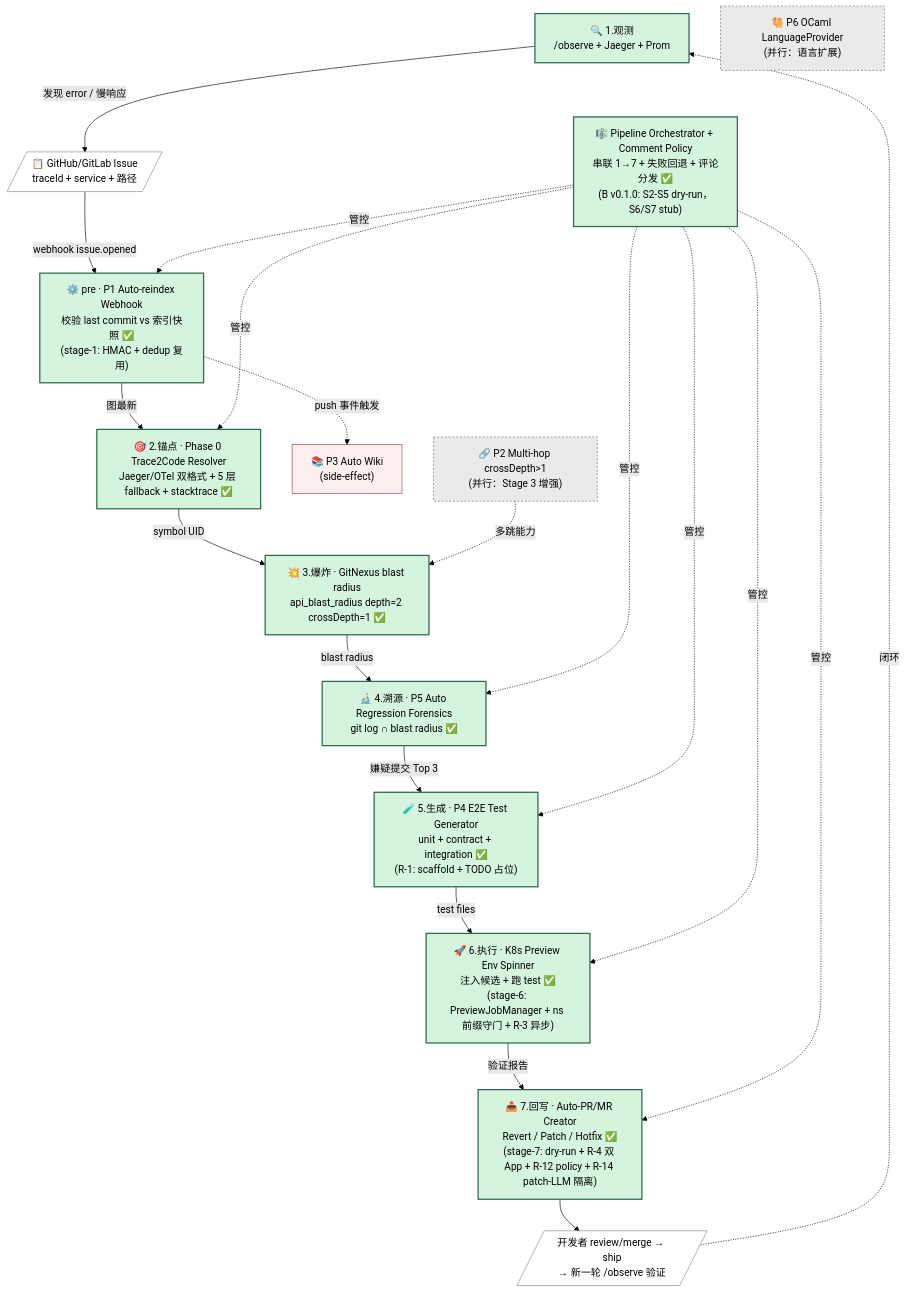
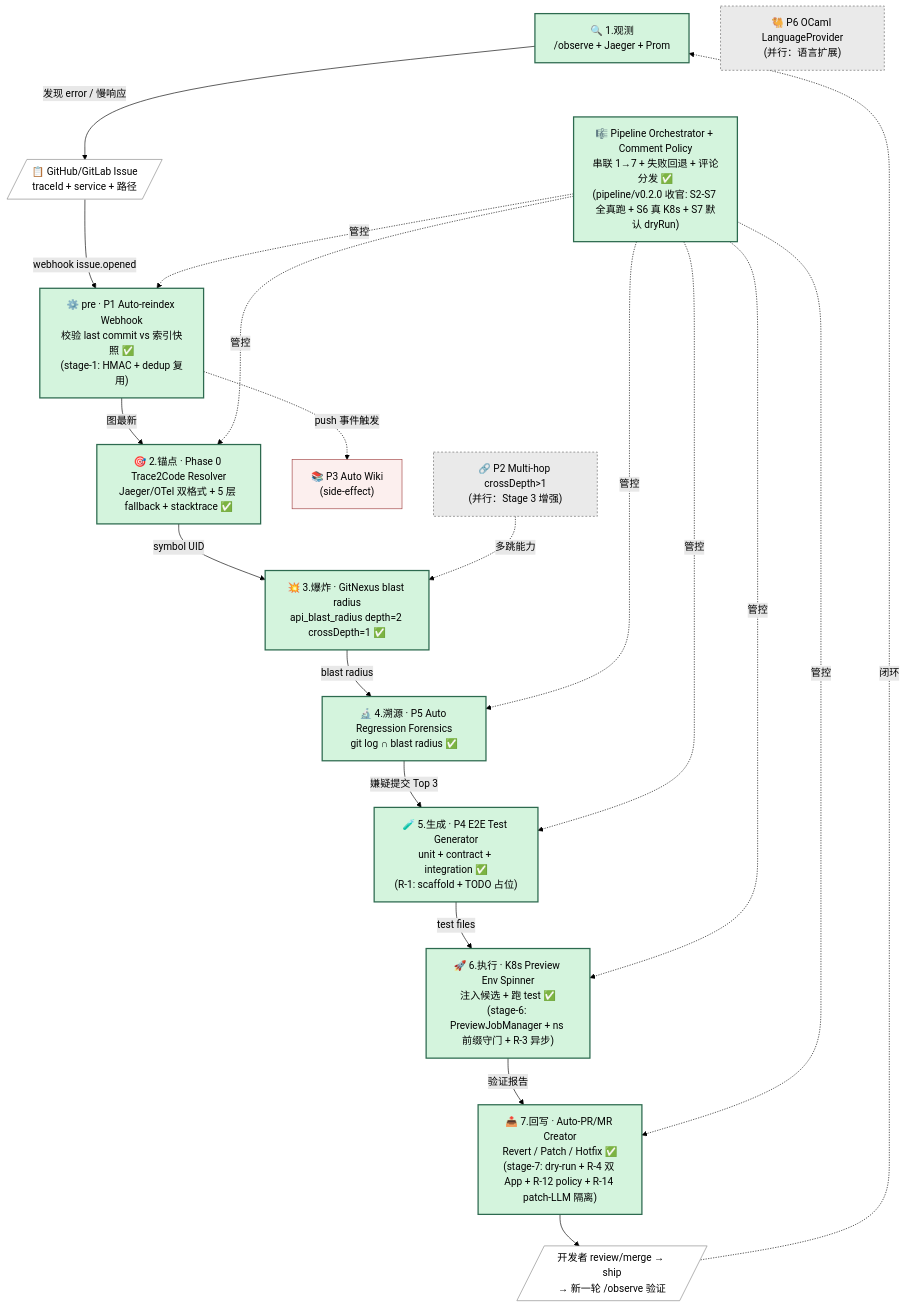
Before and after one commit to zxs1633079383/GitNexus: the diagram in docs/learn/diagrams/16-agentic-devops-7-stage-loop.mmd, drawn with Mermaid (forest theme). The commit also changed 5 other files, not shown here.

First line of the commit message:
feat(pipeline-v0.2): 收官之战 — Pipeline Orchestrator 接 S6 + S7 真跑

```diff
--- a/docs/learn/diagrams/16-agentic-devops-7-stage-loop.mmd
+++ b/docs/learn/diagrams/16-agentic-devops-7-stage-loop.mmd
@@ -1,47 +1,47 @@
 %% Agentic DevOps 7 阶段闭环 —— 团队自建版 GitNexus 企业版
 %% 配套文档：docs/learn/Agentic-DevOps-企业版路线图-v2.md §0.2
 
 flowchart TB
     OBS["🔍 1.观测<br/>/observe + Jaeger + Prom"]:::existing
     ISSUE[/"📋 GitHub/GitLab Issue<br/>traceId + service + 路径"/]:::external
     PRE["⚙️ pre · P1 Auto-reindex Webhook<br/>校验 last commit vs 索引快照 ✅<br/>(stage-1: HMAC + dedup 复用)"]:::existing
     S2["🎯 2.锚点 · Phase 0 Trace2Code Resolver<br/>Jaeger/OTel 双格式 + 5 层 fallback + stacktrace ✅"]:::existing
     S3["💥 3.爆炸 · GitNexus blast radius<br/>api_blast_radius depth=2 crossDepth=1 ✅"]:::existing
     S4["🔬 4.溯源 · P5 Auto Regression Forensics<br/>git log ∩ blast radius ✅"]:::existing
     S5["🧪 5.生成 · P4 E2E Test Generator<br/>unit + contract + integration ✅<br/>(R-1: scaffold + TODO 占位)"]:::existing
     S6["🚀 6.执行 · K8s Preview Env Spinner<br/>注入候选 + 跑 test ✅<br/>(stage-6: PreviewJobManager + ns 前缀守门 + R-3 异步)"]:::existing
     S7["📤 7.回写 · Auto-PR/MR Creator<br/>Revert / Patch / Hotfix ✅<br/>(stage-7: dry-run + R-4 双 App + R-12 policy + R-14 patch-LLM 隔离)"]:::existing
     LOOP[/"开发者 review/merge → ship<br/>→ 新一轮 /observe 验证"/]:::external
 
-    ORCH["🎼 Pipeline Orchestrator + Comment Policy<br/>串联 1→7 + 失败回退 + 评论分发 ✅<br/>(B v0.1.0: S2-S5 dry-run，S6/S7 stub)"]:::existing
+    ORCH["🎼 Pipeline Orchestrator + Comment Policy<br/>串联 1→7 + 失败回退 + 评论分发 ✅<br/>(pipeline/v0.2.0 收官: S2-S7 全真跑 + S6 真 K8s + S7 默认 dryRun)"]:::existing
     WIKI["📚 P3 Auto Wiki<br/>(side-effect)"]:::side
     P2["🔗 P2 Multi-hop crossDepth>1<br/>(并行：Stage 3 增强)"]:::parallel
     P6["🐫 P6 OCaml LanguageProvider<br/>(并行：语言扩展)"]:::parallel
 
     OBS -->|发现 error / 慢响应| ISSUE
     ISSUE -->|webhook issue.opened| PRE
     PRE -->|图最新| S2
     S2 -->|symbol UID| S3
     S3 -->|blast radius| S4
     S4 -->|嫌疑提交 Top 3| S5
     S5 -->|test files| S6
     S6 -->|验证报告| S7
     S7 --> LOOP
     LOOP -.->|闭环| OBS
 
     ORCH -.->|管控| PRE
     ORCH -.->|管控| S2
     ORCH -.->|管控| S4
     ORCH -.->|管控| S5
     ORCH -.->|管控| S6
     ORCH -.->|管控| S7
 
     PRE -.->|push 事件触发| WIKI
     P2 -.->|多跳能力| S3
 
     classDef existing fill:#d4f4dd,stroke:#2d6a4f,color:#000,stroke-width:2px
     classDef new fill:#fff3cd,stroke:#856404,color:#000,stroke-width:2px
     classDef cross fill:#cfe2ff,stroke:#0a4d8c,color:#000,stroke-width:2px
     classDef side fill:#fcefee,stroke:#a04040,color:#000,stroke-width:1px
     classDef parallel fill:#eaeaea,stroke:#666,color:#000,stroke-width:1px,stroke-dasharray: 3 3
     classDef external fill:#fff,stroke:#888,color:#000,stroke-width:1px
```
